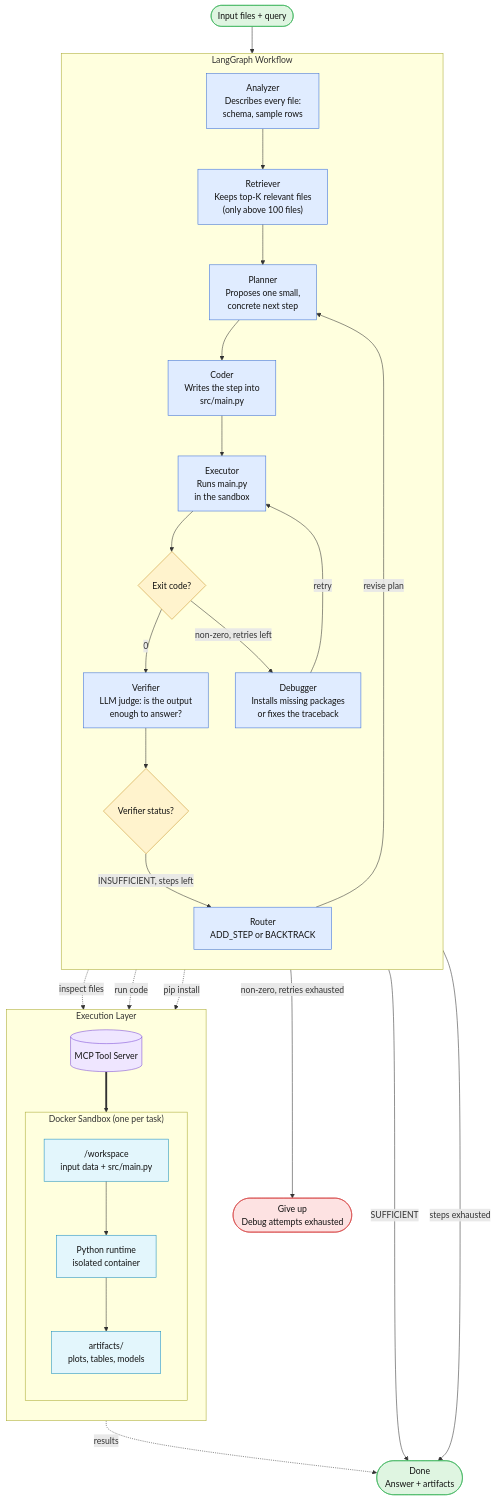
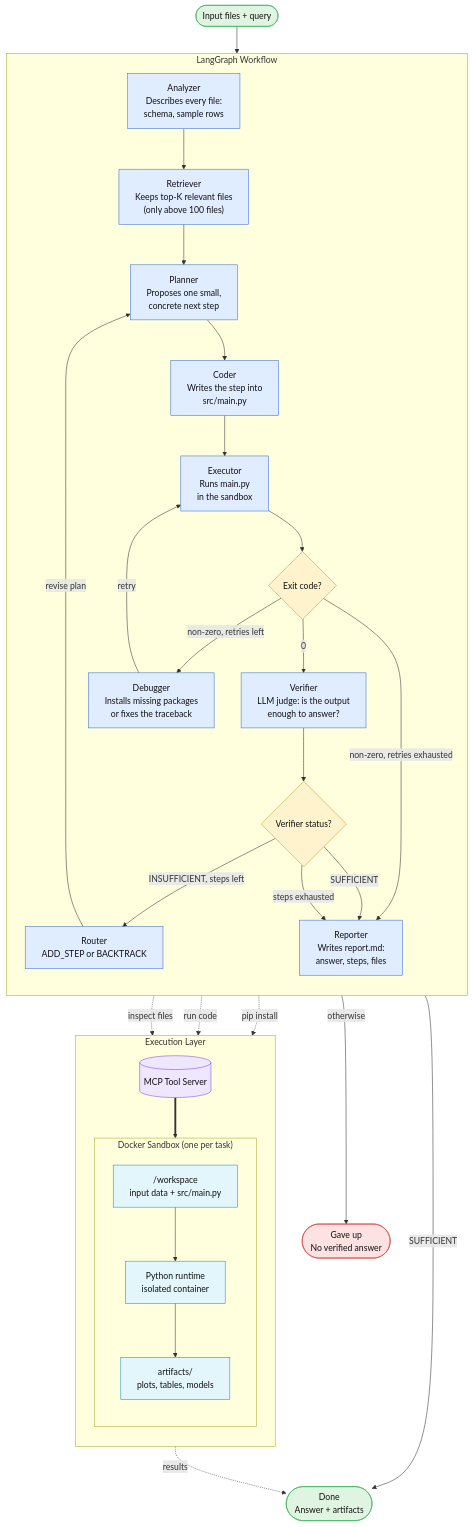
Before and after one commit to TalentedSD19/DataScientistOS: the diagram in README.md, drawn with Mermaid. The commit also changed other lines of this file and 12 other files, not shown here.

Commit message:
added a reporter agent

````diff
--- a/README.md
+++ b/README.md
@@ -15,71 +15,74 @@
 ```mermaid
 flowchart TD
     START(["Input files + query"])
 
     subgraph LG["LangGraph Workflow"]
         direction TB
         Analyzer["Analyzer<br/>Describes every file:<br/>schema, sample rows"]
         Retriever["Retriever<br/>Keeps top-K relevant files<br/>(only above 100 files)"]
         Planner["Planner<br/>Proposes one small,<br/>concrete next step"]
         Coder["Coder<br/>Writes the step into<br/>src/main.py"]
         Executor["Executor<br/>Runs main.py<br/>in the sandbox"]
         ExecDecision{"Exit code?"}
         Debugger["Debugger<br/>Installs missing packages<br/>or fixes the traceback"]
         Verifier["Verifier<br/>LLM judge: is the output<br/>enough to answer?"]
         VerifierDecision{"Verifier status?"}
         Router["Router<br/>ADD_STEP or BACKTRACK"]
+        Reporter["Reporter<br/>Writes report.md:<br/>answer, steps, files"]
 
         Analyzer --> Retriever
         Retriever --> Planner
         Planner --> Coder
         Coder --> Executor
         Executor --> ExecDecision
         ExecDecision -- "0" --> Verifier
         ExecDecision -- "non-zero, retries left" --> Debugger
         Debugger -- "retry" --> Executor
         Verifier --> VerifierDecision
         VerifierDecision -- "INSUFFICIENT, steps left" --> Router
         Router -- "revise plan" --> Planner
     end
 
     subgraph INFRA["Execution Layer"]
         direction TB
         MCP[("MCP Tool Server")]
         subgraph DOCKER["Docker Sandbox (one per task)"]
             direction TB
             Workspace["/workspace<br/>input data + src/main.py"]
             Runtime["Python runtime<br/>isolated container"]
             Artifacts["artifacts/<br/>plots, tables, models"]
             Workspace --> Runtime
             Runtime --> Artifacts
         end
         MCP ==> DOCKER
     end
 
-    GiveUp(["Give up<br/>Debug attempts exhausted"])
+    GiveUp(["Gave up<br/>No verified answer"])
     Done(["Done<br/>Answer + artifacts"])
 
     START --> Analyzer
-    ExecDecision -- "non-zero, retries exhausted" --> GiveUp
-    VerifierDecision -- "SUFFICIENT" --> Done
-    VerifierDecision -- "steps exhausted" --> Done
+    ExecDecision -- "non-zero, retries exhausted" --> Reporter
+    VerifierDecision -- "SUFFICIENT" --> Reporter
+    VerifierDecision -- "steps exhausted" --> Reporter
+    Reporter -- "SUFFICIENT" --> Done
+    Reporter -- "otherwise" --> GiveUp
 
     Analyzer -. "inspect files" .-> MCP
     Executor -. "run code" .-> MCP
     Debugger -. "pip install" .-> MCP
     Artifacts -. "results" .-> Done
 
     classDef agent fill:#e0ecff,stroke:#3b6fd6,stroke-width:1px,color:#111111
     classDef decision fill:#fff3cd,stroke:#c9962c,stroke-width:1px,color:#111111
     classDef success fill:#dff5e1,stroke:#3bb35a,stroke-width:1px,color:#111111
     classDef failure fill:#fde2e2,stroke:#d64545,stroke-width:1px,color:#111111
     classDef mcp fill:#efe6ff,stroke:#7b4bd6,stroke-width:1px,color:#111111
     classDef docker fill:#e3f6fc,stroke:#1d8fbf,stroke-width:1px,color:#111111
 
-    class Analyzer,Retriever,Planner,Coder,Executor,Debugger,Verifier,Router agent
+    class Analyzer,Retriever,Planner,Coder,Executor,Debugger,Verifier,Router,Reporter agent
     class ExecDecision,VerifierDecision decision
     class START,Done success
     class GiveUp failure
     class MCP mcp
     class Workspace,Runtime,Artifacts docker
 ```
````
